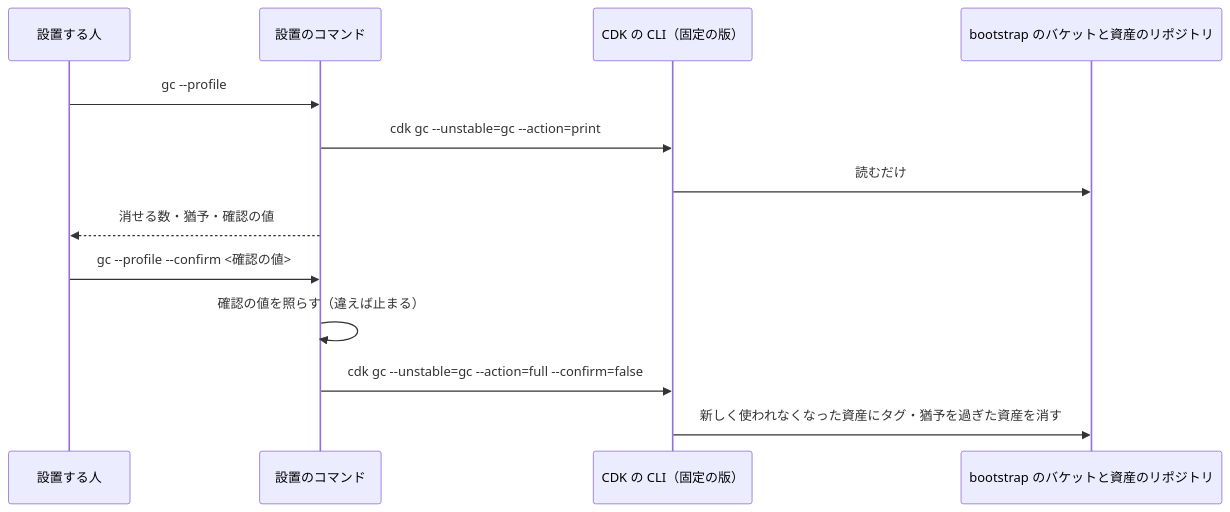
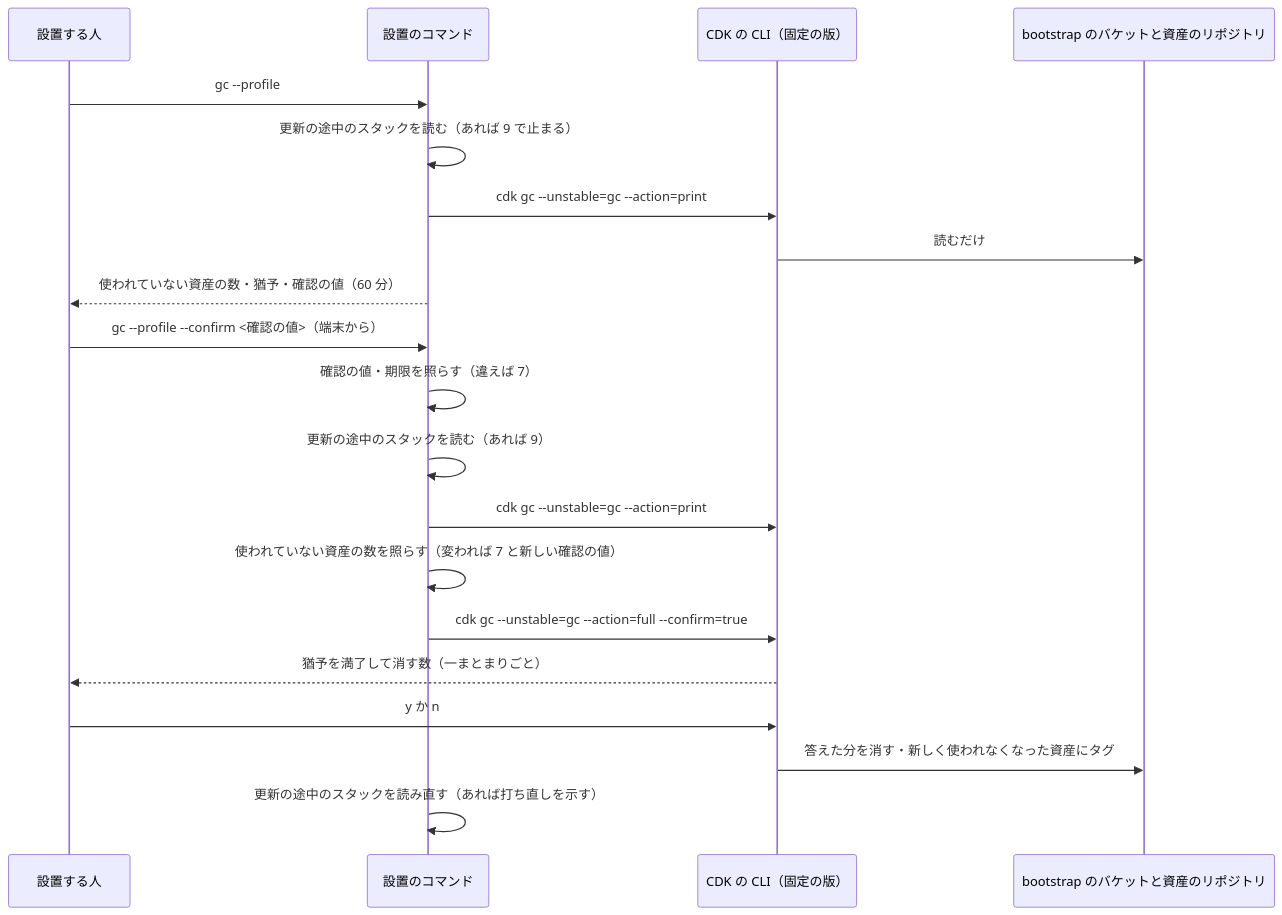
Before and after one commit to devbasex/nd-factory: the fourth of 4 diagrams in issues/issue-13-design.md, drawn with Mermaid. The commit also changed other lines of this file and 1 other file, not shown here.

Commit message:
Docs: #13 の設計の gc を、更新の途中のスタックで止め、確認の値に期限と使われていない数を結び、消す数を CLI の確かめで承認する形に直す（#13）
照らしの直後に始まる反映と、変更セットの前の資産の発行との競合が残ることと、その扱い（作った日の猶予・full の後の読み直し・打ち直し）を危険の表に書いた。

````diff
--- a/issues/issue-13-design.md
+++ b/issues/issue-13-design.md
@@ -202,15 +204,22 @@
 ```mermaid
 sequenceDiagram
     participant P as 設置する人
     participant S as 設置のコマンド
     participant C as CDK の CLI（固定の版）
     participant A as bootstrap のバケットと資産のリポジトリ
     P->>S: gc --profile
+    S->>S: 更新の途中のスタックを読む（あれば 9 で止まる）
     S->>C: cdk gc --unstable=gc --action=print
     C->>A: 読むだけ
-    S-->>P: 消せる数・猶予・確認の値
-    P->>S: gc --profile --confirm <確認の値>
-    S->>S: 確認の値を照らす（違えば止まる）
-    S->>C: cdk gc --unstable=gc --action=full --confirm=false
-    C->>A: 新しく使われなくなった資産にタグ・猶予を過ぎた資産を消す
+    S-->>P: 使われていない資産の数・猶予・確認の値（60 分）
+    P->>S: gc --profile --confirm <確認の値>（端末から）
+    S->>S: 確認の値・期限を照らす（違えば 7）
+    S->>S: 更新の途中のスタックを読む（あれば 9）
+    S->>C: cdk gc --unstable=gc --action=print
+    S->>S: 使われていない資産の数を照らす（変われば 7 と新しい確認の値）
+    S->>C: cdk gc --unstable=gc --action=full --confirm=true
+    C-->>P: 猶予を満了して消す数（一まとまりごと）
+    P->>C: y か n
+    C->>A: 答えた分を消す・新しく使われなくなった資産にタグ
+    S->>S: 更新の途中のスタックを読み直す（あれば打ち直しを示す）
 ```
````
